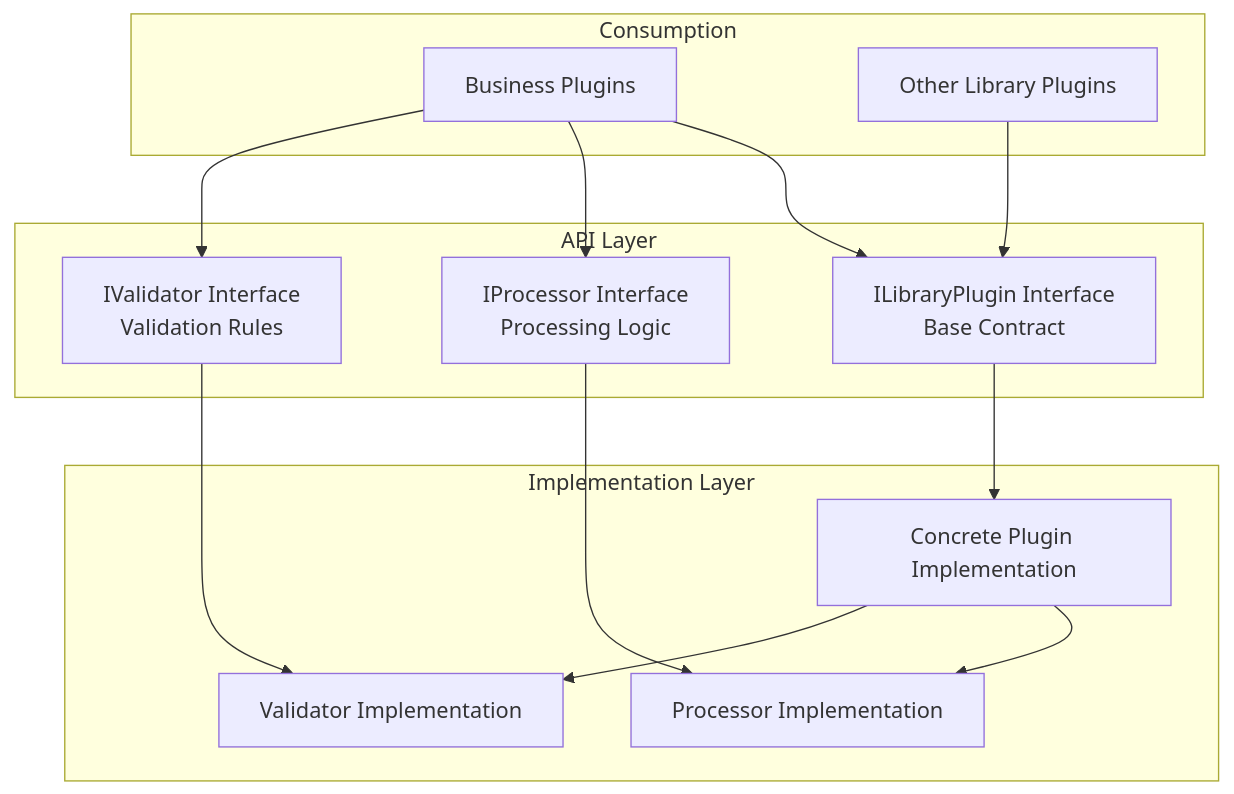
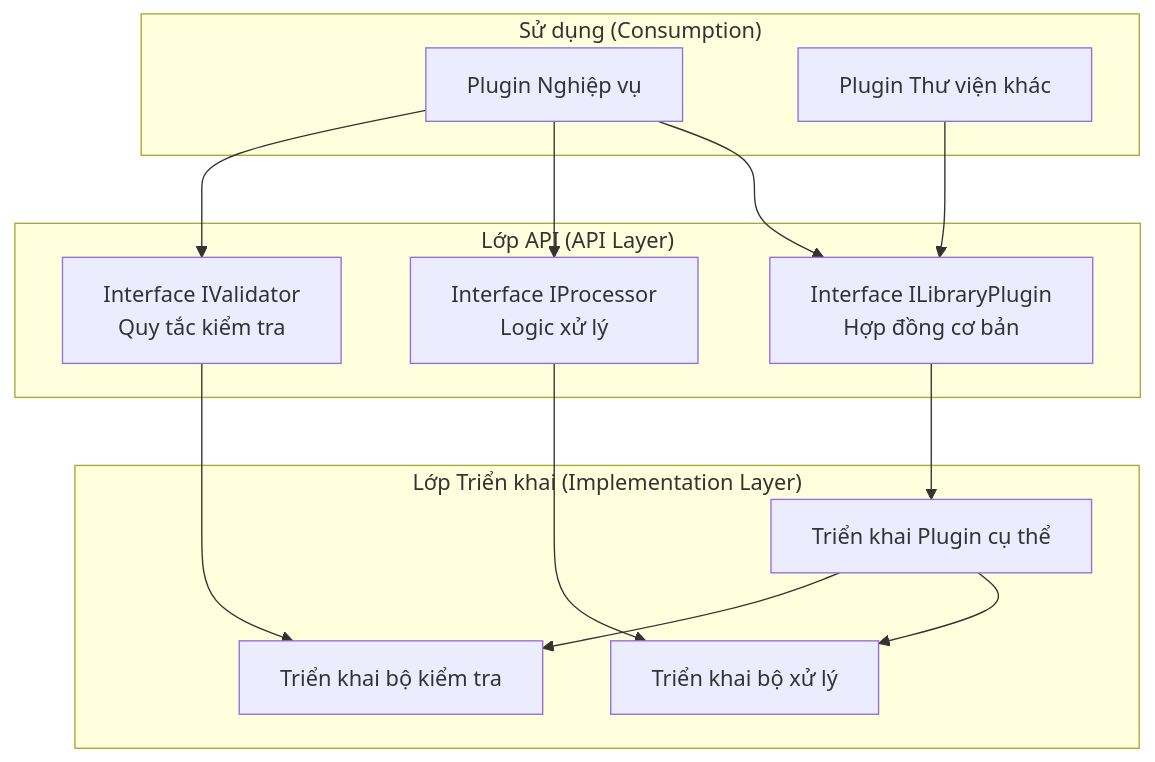
One commit to thangpnb/HIS changed the ninth of 14 diagrams in docs/his-ba-documentation/04-integrations/helper-plugins.md. Above: the diagram before and after it, drawn with Mermaid. The commit also changed other lines of this file and 30 other files, not shown here.

Commit message:
Refactor architecture docs and update translations

````diff
--- a/docs/his-ba-documentation/04-integrations/helper-plugins.md
+++ b/docs/his-ba-documentation/04-integrations/helper-plugins.md
@@ -410,31 +410,31 @@
 ```mermaid
 graph TB
-    subgraph "API Layer"
-        ILibraryPlugin["ILibraryPlugin Interface<br/>Base Contract"]
-        IProcessor["IProcessor Interface<br/>Processing Logic"]
-        IValidator["IValidator Interface<br/>Validation Rules"]
+    subgraph "Lớp API (API Layer)"
+        ILibraryPlugin["Interface ILibraryPlugin<br/>Hợp đồng cơ bản"]
+        IProcessor["Interface IProcessor<br/>Logic xử lý"]
+        IValidator["Interface IValidator<br/>Quy tắc kiểm tra"]
     end
     
-    subgraph "Implementation Layer"
-        ConcretePlugin["Concrete Plugin Implementation"]
-        ProcessorImpl["Processor Implementation"]
-        ValidatorImpl["Validator Implementation"]
+    subgraph "Lớp Triển khai (Implementation Layer)"
+        ConcretePlugin["Triển khai Plugin cụ thể"]
+        ProcessorImpl["Triển khai bộ xử lý"]
+        ValidatorImpl["Triển khai bộ kiểm tra"]
     end
     
-    subgraph "Consumption"
-        BusinessPlugin["Business Plugins"]
-        OtherLibraries["Other Library Plugins"]
+    subgraph "Sử dụng (Consumption)"
+        BusinessPlugin["Plugin Nghiệp vụ"]
+        OtherLibraries["Plugin Thư viện khác"]
     end
     
     ILibraryPlugin --> ConcretePlugin
     IProcessor --> ProcessorImpl
     IValidator --> ValidatorImpl
     
     ConcretePlugin --> ProcessorImpl
     ConcretePlugin --> ValidatorImpl
     
     BusinessPlugin --> ILibraryPlugin
     BusinessPlugin --> IProcessor
     BusinessPlugin --> IValidator
     OtherLibraries --> ILibraryPlugin
 ```
````
